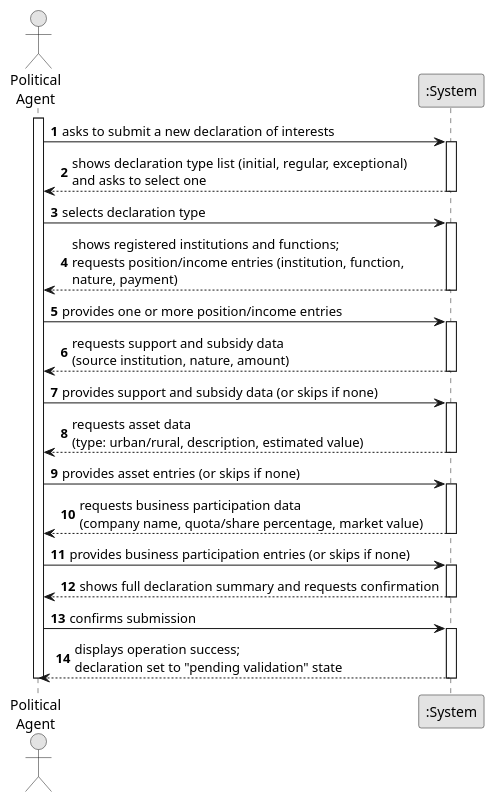
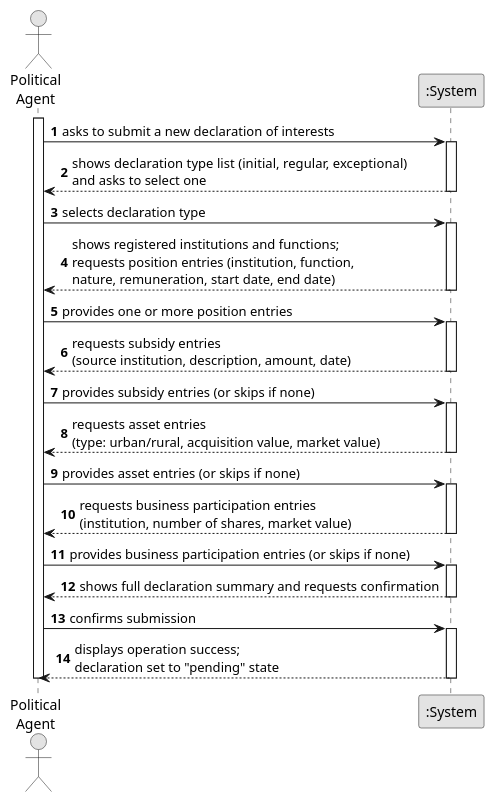
Before and after one commit to brunodspinto/crystal-clear-platform: the diagram in docs/system-documentation/US06/01.requirements-engineering/puml/US06-SSD.puml, drawn with PlantUML. The commit also changed 11 other files, not shown here.

```diff
--- a/docs/system-documentation/US06/01.requirements-engineering/puml/US06-SSD.puml
+++ b/docs/system-documentation/US06/01.requirements-engineering/puml/US06-SSD.puml
@@ -1,57 +1,57 @@
 @startuml
 skinparam monochrome true
 skinparam packageStyle rectangle
 skinparam shadowing false
 
 autonumber
 
 actor "Political\nAgent" as Agent
 participant ":System" as System
 
 activate Agent
 
     Agent -> System : asks to submit a new declaration of interests
     activate System
 
         System --> Agent : shows declaration type list (initial, regular, exceptional)\nand asks to select one
     deactivate System
 
     Agent -> System : selects declaration type
     activate System
 
-        System --> Agent : shows registered institutions and functions;\nrequests position/income entries (institution, function,\nnature, payment)
+        System --> Agent : shows registered institutions and functions;\nrequests position entries (institution, function,\nnature, remuneration, start date, end date)
     deactivate System
 
-    Agent -> System : provides one or more position/income entries
+    Agent -> System : provides one or more position entries
     activate System
 
-        System --> Agent : requests support and subsidy data\n(source institution, nature, amount)
+        System --> Agent : requests subsidy entries\n(source institution, description, amount, date)
     deactivate System
 
-    Agent -> System : provides support and subsidy data (or skips if none)
+    Agent -> System : provides subsidy entries (or skips if none)
     activate System
 
-        System --> Agent : requests asset data\n(type: urban/rural, description, estimated value)
+        System --> Agent : requests asset entries\n(type: urban/rural, acquisition value, market value)
     deactivate System
 
     Agent -> System : provides asset entries (or skips if none)
     activate System
 
-        System --> Agent : requests business participation data\n(company name, quota/share percentage, market value)
+        System --> Agent : requests business participation entries\n(institution, number of shares, market value)
     deactivate System
 
     Agent -> System : provides business participation entries (or skips if none)
     activate System
 
         System --> Agent : shows full declaration summary and requests confirmation
     deactivate System
 
     Agent -> System : confirms submission
     activate System
 
-        System --> Agent : displays operation success;\ndeclaration set to "pending validation" state
+        System --> Agent : displays operation success;\ndeclaration set to "pending" state
     deactivate System
 
 deactivate Agent
 
 @enduml
```
